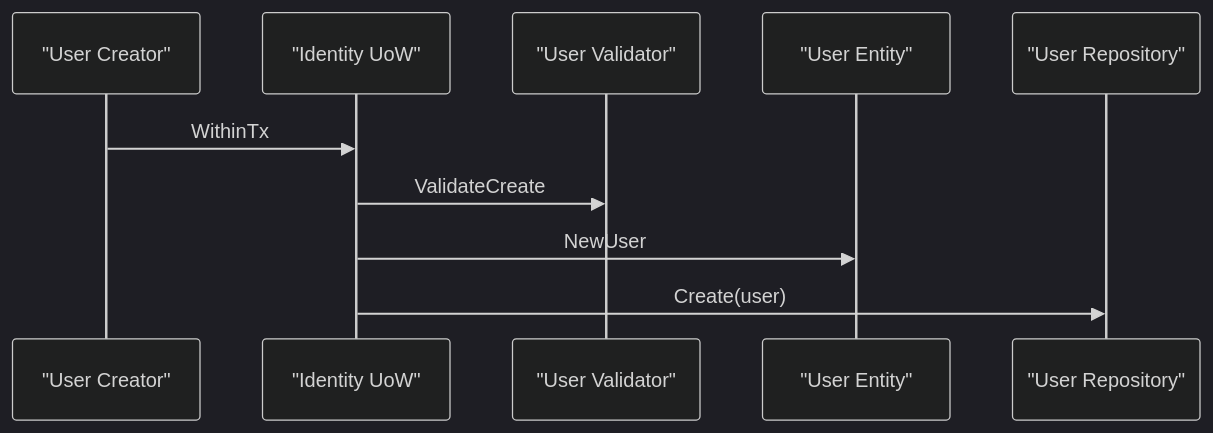
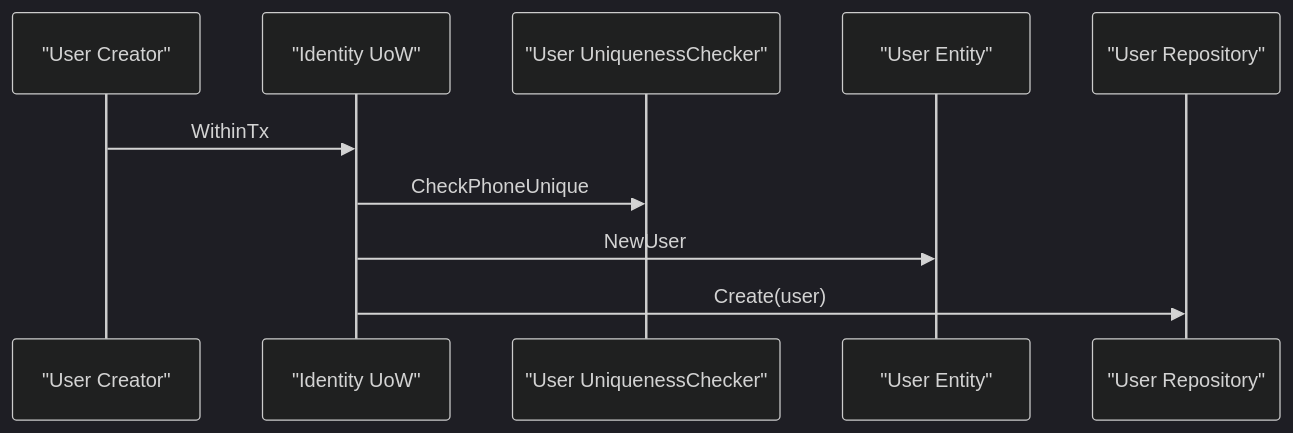
Before and after one commit to FangcunMount/iam: the fifth of 12 diagrams in docs/04-身份Identity/01-User与Profile模型.md, drawn with Mermaid (dark theme). The commit also changed other lines of this file and 65 other files, not shown here.

````diff
--- a/docs/04-身份Identity/01-User与Profile模型.md
+++ b/docs/04-身份Identity/01-User与Profile模型.md
@@ -464,13 +434,13 @@
 ```mermaid
 sequenceDiagram
     participant App as "User Creator"
     participant UOW as "Identity UoW"
-    participant Validator as "User Validator"
+    participant Unique as "User UniquenessChecker"
     participant User as "User Entity"
     participant Repo as "User Repository"
 
     App->>UOW: WithinTx
-    UOW->>Validator: ValidateCreate
+    UOW->>Unique: CheckPhoneUnique
     UOW->>User: NewUser
     UOW->>Repo: Create(user)
 ```
````
